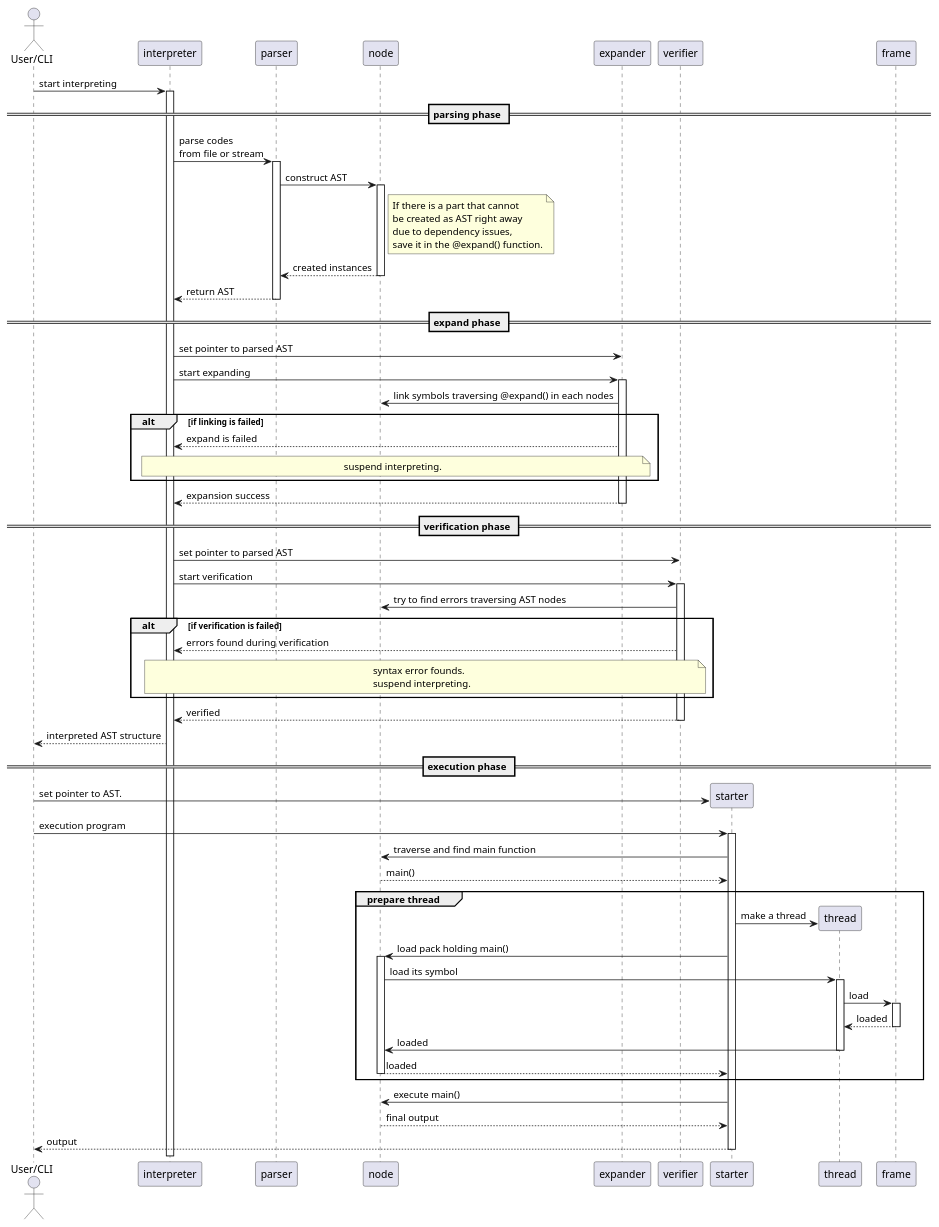
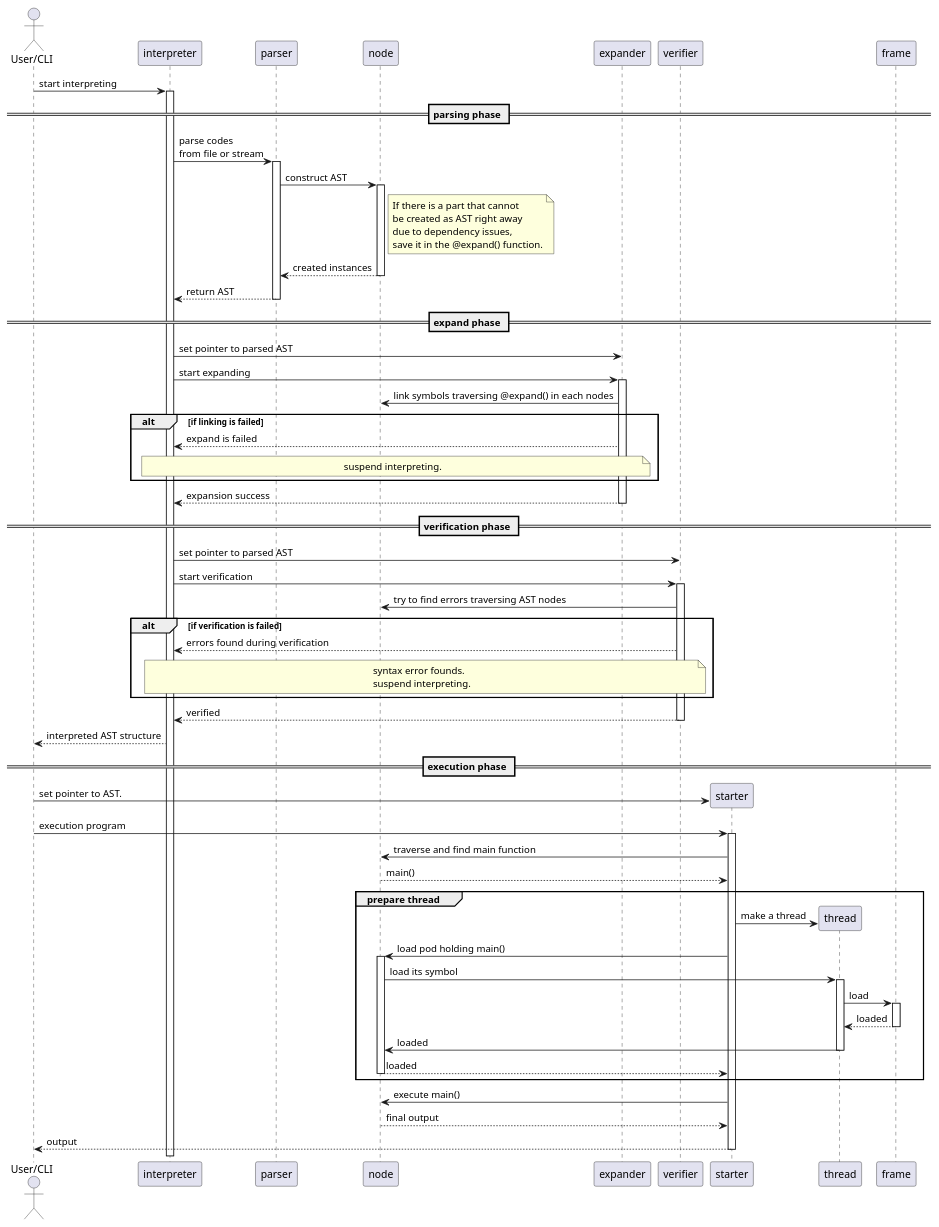
One commit to byeolang/byeol changed the first of 19 diagrams in doc/ref/ko/ak-architecture-core.md. Above: the diagram before and after it, drawn with PlantUML. The commit also changed other lines of this file and 7 other files, not shown here.

Commit message:
doc: rename pack to pod

```diff
--- a/doc/ref/ko/ak-architecture-core.md
+++ b/doc/ref/ko/ak-architecture-core.md
@@ -82,7 +82,7 @@
 group prepare thread
   create participant thread
   s -> thread: make a thread
-  s -> node: load pack holding main()
+  s -> node: load pod holding main()
   activate node
   node -> thread: load its symbol
   activate thread
```
